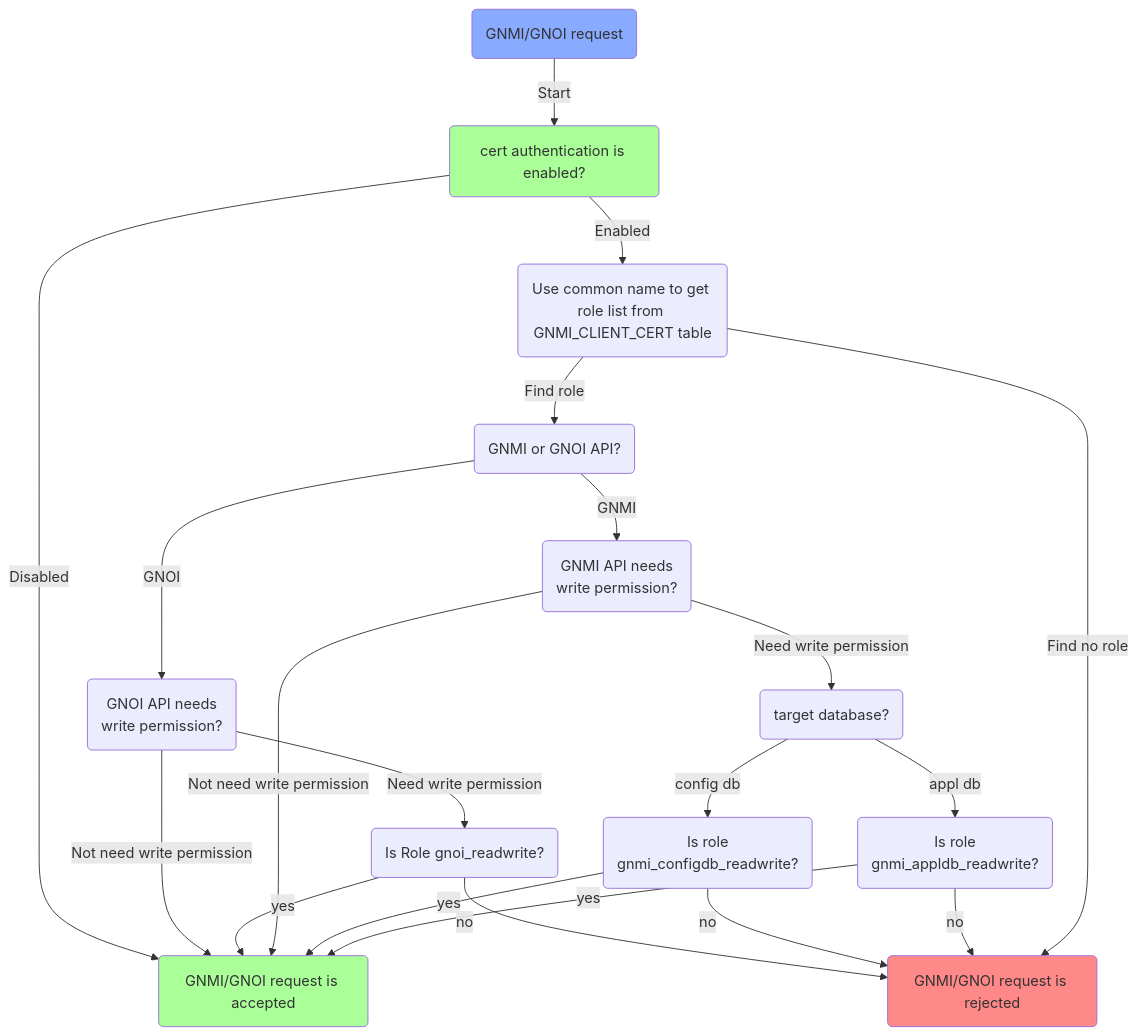
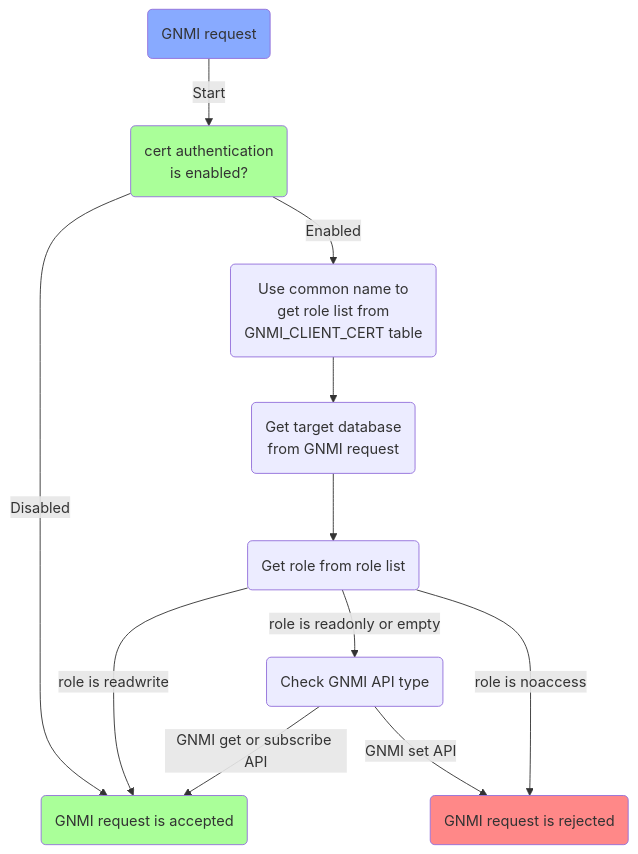
One commit to ganglyu/mermaid changed the diagram in gnmi_role.md. Above: the diagram before and after it, drawn with Mermaid.

````diff
--- a/gnmi_role.md
+++ b/gnmi_role.md
@@ -1,39 +1,26 @@
 ```mermaid
 flowchart
-    id_request(GNMI/GNOI request)
+    id_request(GNMI request)
     style id_request fill:#8AF
-    id_cert_auth(cert authentication is enabled?)
+    id_cert_auth(cert authentication<br>is enabled?)
     style id_cert_auth fill:#AF9
-    id_get_role(Use common name to get role list from GNMI_CLIENT_CERT table)
-    id_api_type(GNMI or GNOI API?)
-    id_gnoi_access(GNOI API needs<br>write permission?)
-    id_gnmi_access(GNMI API needs<br>write permission?)
-    id_gnmi_database(target database?)
-    id_gnmi_configdb_role(Is role<br>gnmi_configdb_readwrite?)
-    id_gnmi_appldb_role(Is role<br>gnmi_appldb_readwrite?)
-    id_gnoi_role(Is Role gnoi_readwrite?)
-    id_request_auth(GNMI/GNOI request is accepted)
+    id_get_role_list(Use common name to<br>get role list from<br>GNMI_CLIENT_CERT table)
+    id_gnmi_access(Get target database<br>from GNMI request)
+    id_get_role(Get role from role list)
+    id_api_type(Check GNMI API type)
+    id_request_auth(GNMI request is accepted)
     style id_request_auth fill:#AF9
-    id_request_not_auth(GNMI/GNOI request is rejected)
+    id_request_not_auth(GNMI request is rejected)
     style id_request_not_auth fill:#F88
 
     id_request-->|Start|id_cert_auth
     id_cert_auth-->|Disabled|id_request_auth
-    id_cert_auth-->|Enabled|id_get_role
-    id_get_role-->|Find role|id_api_type
-    id_api_type-->|GNOI|id_gnoi_access
-    id_api_type-->|GNMI|id_gnmi_access
-    id_gnoi_access-->|Need write permission|id_gnoi_role
-    id_gnoi_access-->|Not need write permission|id_request_auth
-    id_gnoi_role-->|yes|id_request_auth
-    id_gnoi_role-->|no|id_request_not_auth
-    id_gnmi_access-->|Not need write permission|id_request_auth
-    id_gnmi_access-->|Need write permission|id_gnmi_database
-    id_gnmi_database-->|config db|id_gnmi_configdb_role
-    id_gnmi_database-->|appl db|id_gnmi_appldb_role
-    id_gnmi_configdb_role-->|yes|id_request_auth
-    id_gnmi_configdb_role-->|no|id_request_not_auth
-    id_gnmi_appldb_role-->|yes|id_request_auth
-    id_gnmi_appldb_role-->|no|id_request_not_auth
-    id_get_role-->|Find no role|id_request_not_auth
+    id_cert_auth-->|Enabled|id_get_role_list
+    id_get_role_list-->id_gnmi_access
+    id_gnmi_access-->id_get_role
+    id_get_role-->|role is readwrite|id_request_auth
+    id_get_role-->|role is readonly or empty|id_api_type
+    id_api_type-->|GNMI set API|id_request_not_auth
+    id_get_role-->|role is noaccess|id_request_not_auth
+    id_api_type-->|GNMI get or subscribe API|id_request_auth
 ```
````
